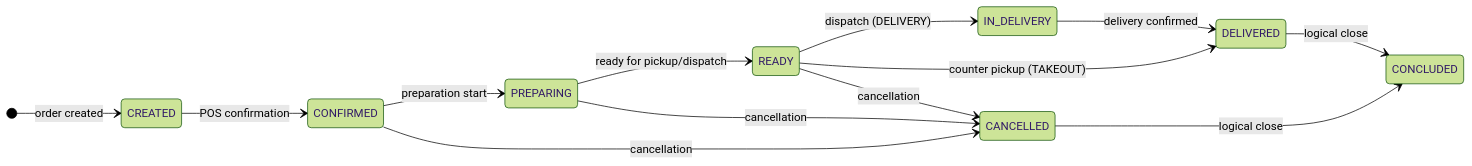
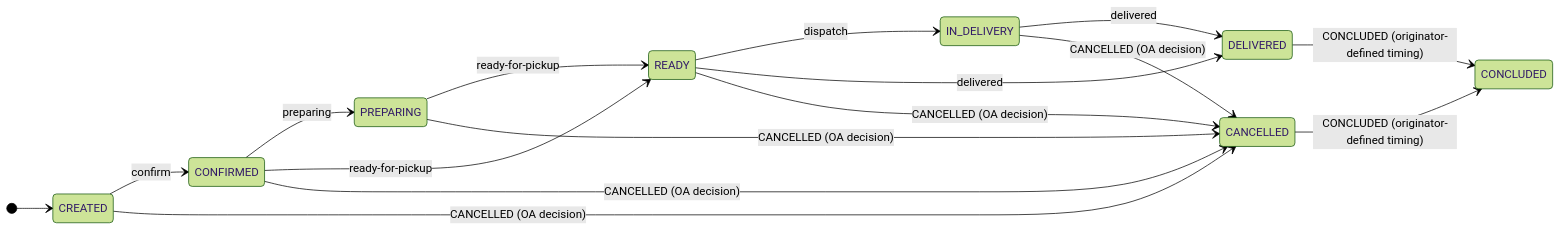
The second of 8 diagrams in docs/protocol/orders.en.md (Abrasel-Nacional/opendelivery-v2), drawn with Mermaid (forest theme) before and after one commit. The commit also changed other lines of this file and 230 other files, not shown here.

````diff
--- a/docs/protocol/orders.en.md
+++ b/docs/protocol/orders.en.md
@@ -82,16 +156,19 @@
 ```mermaid
 stateDiagram-v2
-    direction LR
-    [*] --> CREATED : order created
-    CREATED --> CONFIRMED : POS confirmation
-    CONFIRMED --> PREPARING : preparation start
-    PREPARING --> READY : ready for pickup/dispatch
-    READY --> IN_DELIVERY : dispatch (DELIVERY)
-    IN_DELIVERY --> DELIVERED : delivery confirmed
-    READY --> DELIVERED : counter pickup (TAKEOUT)
-    CONFIRMED --> CANCELLED : cancellation
-    PREPARING --> CANCELLED : cancellation
-    READY --> CANCELLED : cancellation
-    DELIVERED --> CONCLUDED : logical close
-    CANCELLED --> CONCLUDED : logical close
+ direction LR
+ [*] --> CREATED
+ CREATED --> CONFIRMED: confirm
+ CONFIRMED --> PREPARING: preparing
+ PREPARING --> READY: ready-for-pickup
+ CONFIRMED --> READY: ready-for-pickup
+ READY --> IN_DELIVERY: dispatch
+ READY --> DELIVERED: delivered
+ IN_DELIVERY --> DELIVERED: delivered
+ CREATED --> CANCELLED: CANCELLED (OA decision)
+ CONFIRMED --> CANCELLED: CANCELLED (OA decision)
+ PREPARING --> CANCELLED: CANCELLED (OA decision)
+ READY --> CANCELLED: CANCELLED (OA decision)
+ IN_DELIVERY --> CANCELLED: CANCELLED (OA decision)
+ DELIVERED --> CONCLUDED: CONCLUDED (originator-defined timing)
+ CANCELLED --> CONCLUDED: CONCLUDED (originator-defined timing)
 ```
````
